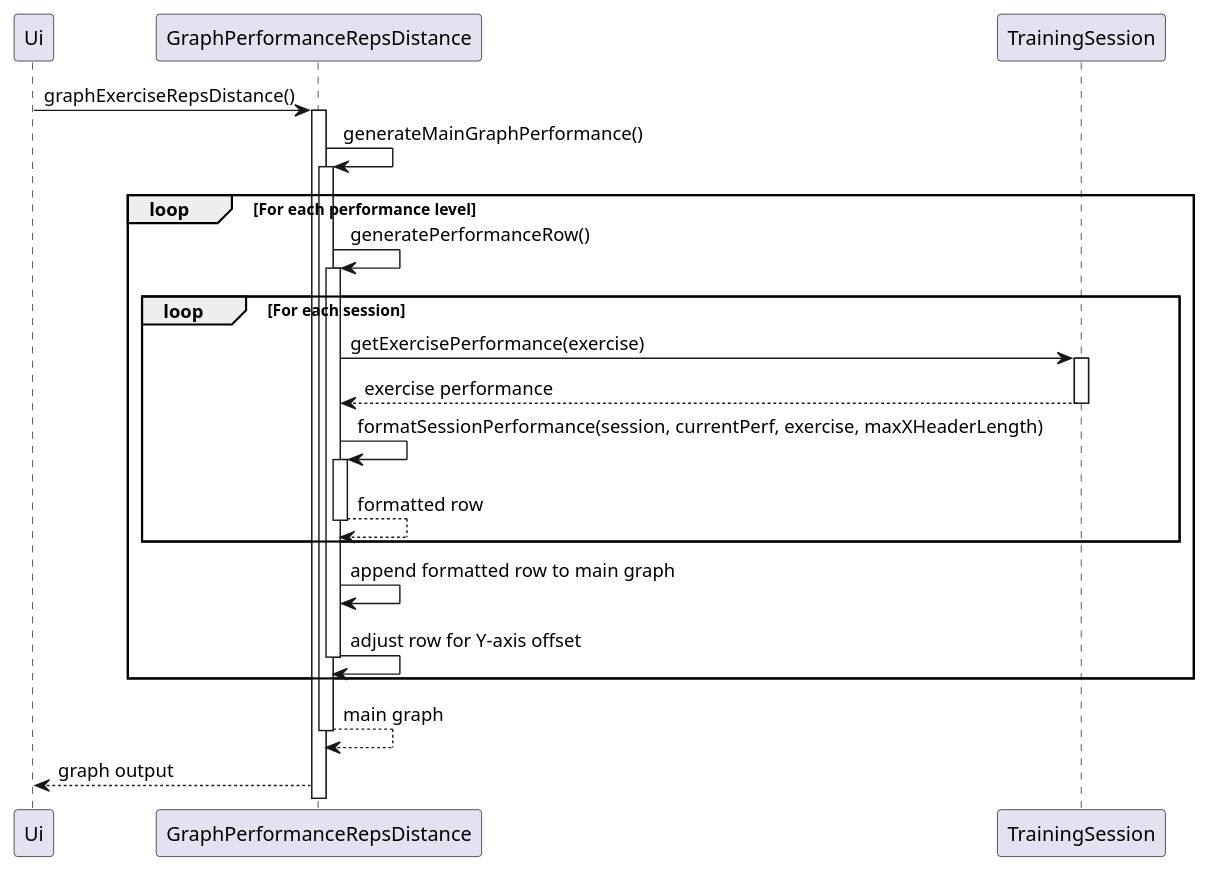
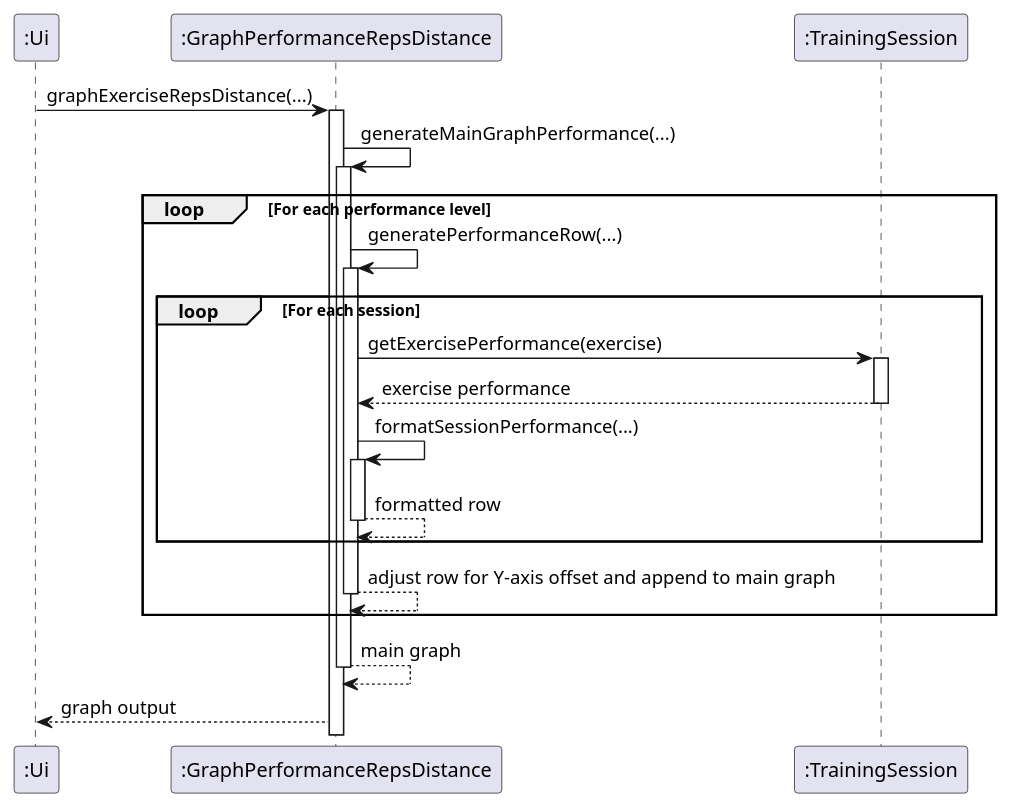
Before and after one commit to nus-cs2113-AY2425S1/tp: the diagram in docs/Diagrams/Sequence_GraphPerformanceRepsDistance.puml, drawn with PlantUML. The commit also changed 15 other files, not shown here.

```diff
--- a/docs/Diagrams/Sequence_GraphPerformanceRepsDistance.puml
+++ b/docs/Diagrams/Sequence_GraphPerformanceRepsDistance.puml
@@ -1,38 +1,37 @@
 @startuml
-participant Ui
-participant "GraphPerformanceRepsDistance" as Graph
-participant "TrainingSession" as Session
+participant ":Ui"
+participant ":GraphPerformanceRepsDistance" as Graph
+participant ":TrainingSession" as Session
 
-Ui -> Graph : graphExerciseRepsDistance()
+":Ui" -> Graph : graphExerciseRepsDistance(...)
 activate Graph
 
-Graph -> Graph : generateMainGraphPerformance()
+Graph -> Graph : generateMainGraphPerformance(...)
 activate Graph
 
 loop For each performance level
-    Graph -> Graph : generatePerformanceRow()
+    Graph -> Graph : generatePerformanceRow(...)
     activate Graph
 
     loop For each session
         Graph -> Session : getExercisePerformance(exercise)
         activate Session
         Session --> Graph : exercise performance
         deactivate Session
 
-        Graph -> Graph : formatSessionPerformance(session, currentPerf, exercise, maxXHeaderLength)
+        Graph -> Graph : formatSessionPerformance(...)
         activate Graph
         Graph --> Graph : formatted row
         deactivate Graph
     end
 
-    Graph -> Graph : append formatted row to main graph
-    Graph -> Graph : adjust row for Y-axis offset
+    Graph --> Graph : adjust row for Y-axis offset and append to main graph
     deactivate Graph
 
 end
 
 Graph --> Graph : main graph
 deactivate Graph
 
-Ui <-- Graph : graph output
+":Ui" <-- Graph : graph output
 @enduml
```
